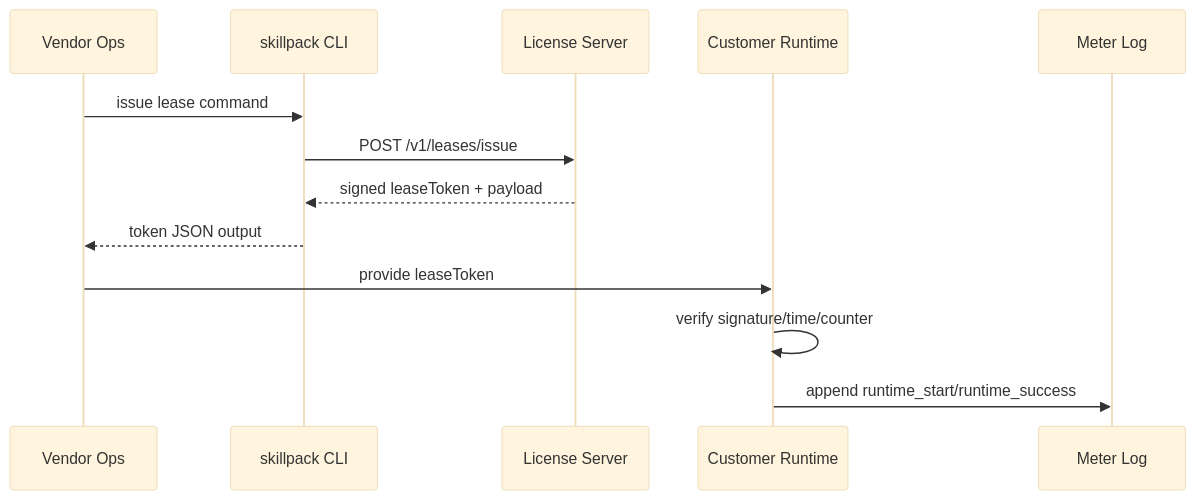
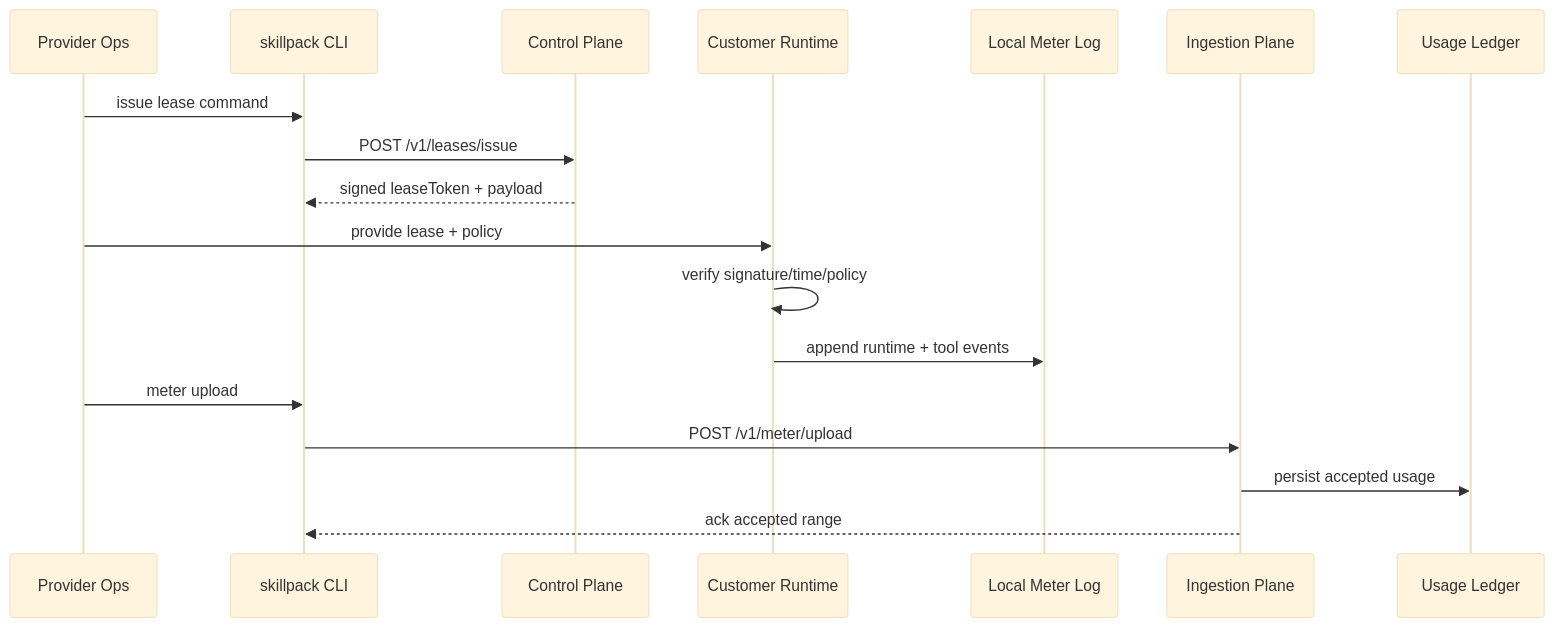
Before and after one commit to shizlie/skillpack: the second of 4 diagrams in PRODUCT.md, drawn with Mermaid (base theme). The commit also changed other lines of this file and 2 other files, not shown here.

First line of the commit message:
Clarify product and backend ledger architecture

````diff
--- a/PRODUCT.md
+++ b/PRODUCT.md
@@ -147,16 +523,21 @@
 ```mermaid
 sequenceDiagram
-    participant Ops as Vendor Ops
+    participant Ops as Provider Ops
     participant CLI as skillpack CLI
-    participant LS as License Server
+    participant CP as Control Plane
     participant RT as Customer Runtime
-    participant LOG as Meter Log
+    participant LOG as Local Meter Log
+    participant IP as Ingestion Plane
+    participant LEDGER as Usage Ledger
 
     Ops->>CLI: issue lease command
-    CLI->>LS: POST /v1/leases/issue
-    LS-->>CLI: signed leaseToken + payload
-    CLI-->>Ops: token JSON output
-    Ops->>RT: provide leaseToken
-    RT->>RT: verify signature/time/counter
-    RT->>LOG: append runtime_start/runtime_success
+    CLI->>CP: POST /v1/leases/issue
+    CP-->>CLI: signed leaseToken + payload
+    Ops->>RT: provide lease + policy
+    RT->>RT: verify signature/time/policy
+    RT->>LOG: append runtime + tool events
+    Ops->>CLI: meter upload
+    CLI->>IP: POST /v1/meter/upload
+    IP->>LEDGER: persist accepted usage
+    IP-->>CLI: ack accepted range
 ```
````
